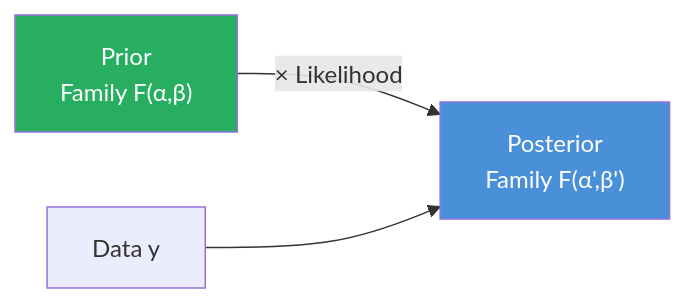
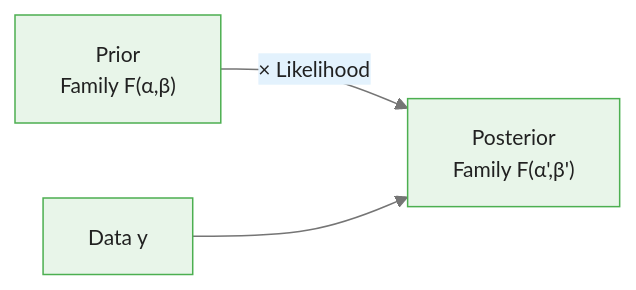
One commit to m-deane/course-creator changed the first of 3 diagrams in courses/bayesian-commodity-forecasting/modules/module_01_bayesian_fundamentals/guides/02_conjugate_priors_slides.md. Above: the diagram before and after it, drawn with Mermaid. The commit also changed other lines of this file and 104 other files, not shown here.

````diff
--- a/courses/bayesian-commodity-forecasting/modules/module_01_bayesian_fundamentals/guides/02_conjugate_priors_slides.md
+++ b/courses/bayesian-commodity-forecasting/modules/module_01_bayesian_fundamentals/guides/02_conjugate_priors_slides.md
@@ -45,7 +53,6 @@
 ```mermaid
+%%{init: {"theme": "base", "themeVariables": {"primaryColor": "#e8f5e9", "primaryBorderColor": "#4caf50", "primaryTextColor": "#212121", "secondaryColor": "#e3f2fd", "tertiaryColor": "#fff8e1", "lineColor": "#757575", "fontFamily": "Inter, sans-serif", "fontSize": "14px"}}}%%
 flowchart LR
     Prior["Prior\nFamily F(α,β)"] -->|"× Likelihood"| Post["Posterior\nFamily F(α',β')"]
     L["Data y"] --> Post
-    style Prior fill:#27ae60,color:#fff
-    style Post fill:#4a90d9,color:#fff
 ```
````
